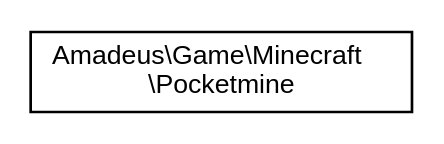
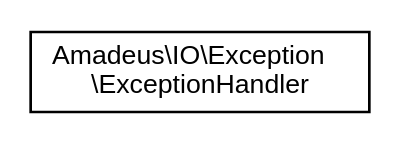
One commit to steinsmc/Amadeus_Daemon changed the diagram in docs/inherit_graph_17.dot. Above: the diagram before and after it, drawn with Graphviz. The commit also changed 124 other files, not shown here.

```diff
--- a/docs/inherit_graph_17.dot
+++ b/docs/inherit_graph_17.dot
@@ -1,7 +1,7 @@
 digraph "Graphical Class Hierarchy"
 {
   edge [fontname="Helvetica",fontsize="10",labelfontname="Helvetica",labelfontsize="10"];
   node [fontname="Helvetica",fontsize="10",shape=record];
   rankdir="LR";
-  Node0 [label="Amadeus\\Game\\Minecraft\l\\Pocketmine",height=0.2,width=0.4,color="black", fillcolor="white", style="filled",URL="$classAmadeus_1_1Game_1_1Minecraft_1_1Pocketmine.html"];
+  Node0 [label="Amadeus\\IO\\Exception\l\\ExceptionHandler",height=0.2,width=0.4,color="black", fillcolor="white", style="filled",URL="$classAmadeus_1_1IO_1_1Exception_1_1ExceptionHandler.html"];
 }
```
